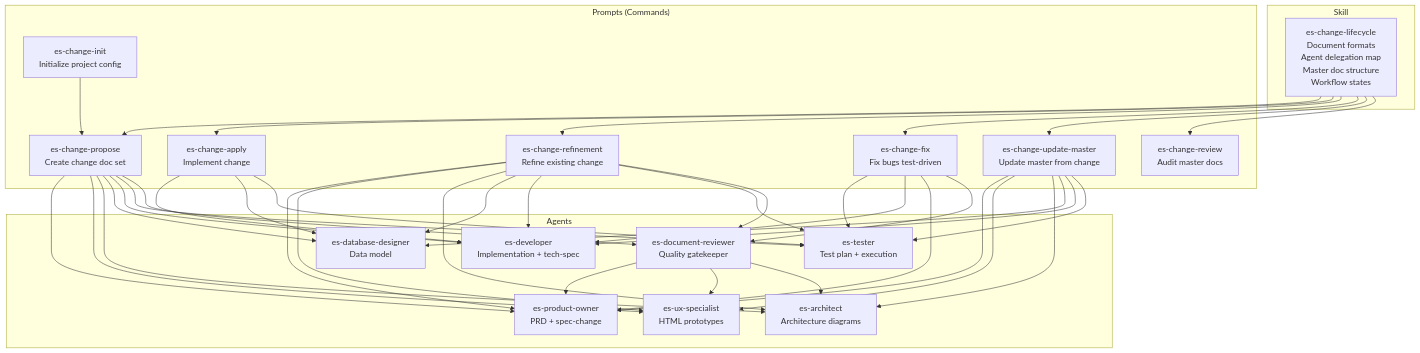
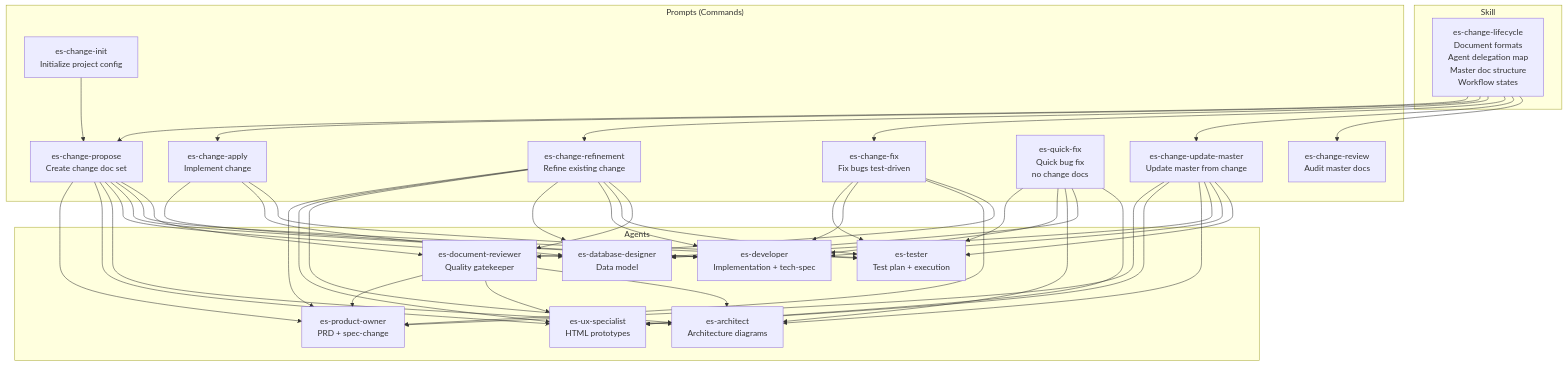
Before and after one commit to hurungang/easyspec: the diagram in README.md, drawn with Mermaid. The commit also changed other lines of this file and 103 other files, not shown here.

````diff
--- a/README.md
+++ b/README.md
@@ -36,71 +40,78 @@
 ```mermaid
 flowchart TD
     subgraph Skill
         CL[es-change-lifecycle<br/>Document formats<br/>Agent delegation map<br/>Master doc structure<br/>Workflow states]
     end
 
     subgraph Prompts["Prompts (Commands)"]
         INIT[es-change-init<br/>Initialize project config]
         PROPOSE[es-change-propose<br/>Create change doc set]
         APPLY[es-change-apply<br/>Implement change]
         REFINE[es-change-refinement<br/>Refine existing change]
         FIX[es-change-fix<br/>Fix bugs test-driven]
+        QFIX[es-quick-fix<br/>Quick bug fix<br/>no change docs]
         REVIEW[es-change-review<br/>Audit master docs]
         UPDATE[es-change-update-master<br/>Update master from change]
     end
 
     subgraph Agents
         PO[es-product-owner<br/>PRD + spec-change]
         UX[es-ux-specialist<br/>HTML prototypes]
         ARCH[es-architect<br/>Architecture diagrams]
         DB[es-database-designer<br/>Data model]
         DEV[es-developer<br/>Implementation + tech-spec]
         TEST[es-tester<br/>Test plan + execution]
         DOCREV[es-document-reviewer<br/>Quality gatekeeper]
     end
 
     INIT --> PROPOSE
 
     CL --> PROPOSE
     CL --> APPLY
     CL --> REFINE
     CL --> FIX
     CL --> UPDATE
     CL --> REVIEW
 
     PROPOSE --> PO
     PROPOSE --> UX
     PROPOSE --> ARCH
     PROPOSE --> DB
     PROPOSE --> DEV
     PROPOSE --> TEST
     PROPOSE --> DOCREV
 
     APPLY --> DEV
     APPLY --> DB
     APPLY --> TEST
 
     REFINE --> PO
     REFINE --> UX
     REFINE --> ARCH
     REFINE --> DB
     REFINE --> DEV
     REFINE --> TEST
     REFINE --> DOCREV
 
     FIX --> TEST
     FIX --> DEV
     FIX --> PO
     FIX --> DOCREV
 
+    QFIX --> TEST
+    QFIX --> DEV
+    QFIX --> ARCH
+    QFIX --> DB
+    QFIX --> UX
+
     UPDATE --> PO
     UPDATE --> UX
     UPDATE --> ARCH
     UPDATE --> DB
     UPDATE --> DEV
     UPDATE --> TEST
 
     DOCREV --> PO
     DOCREV --> UX
     DOCREV --> ARCH
 ```
````
